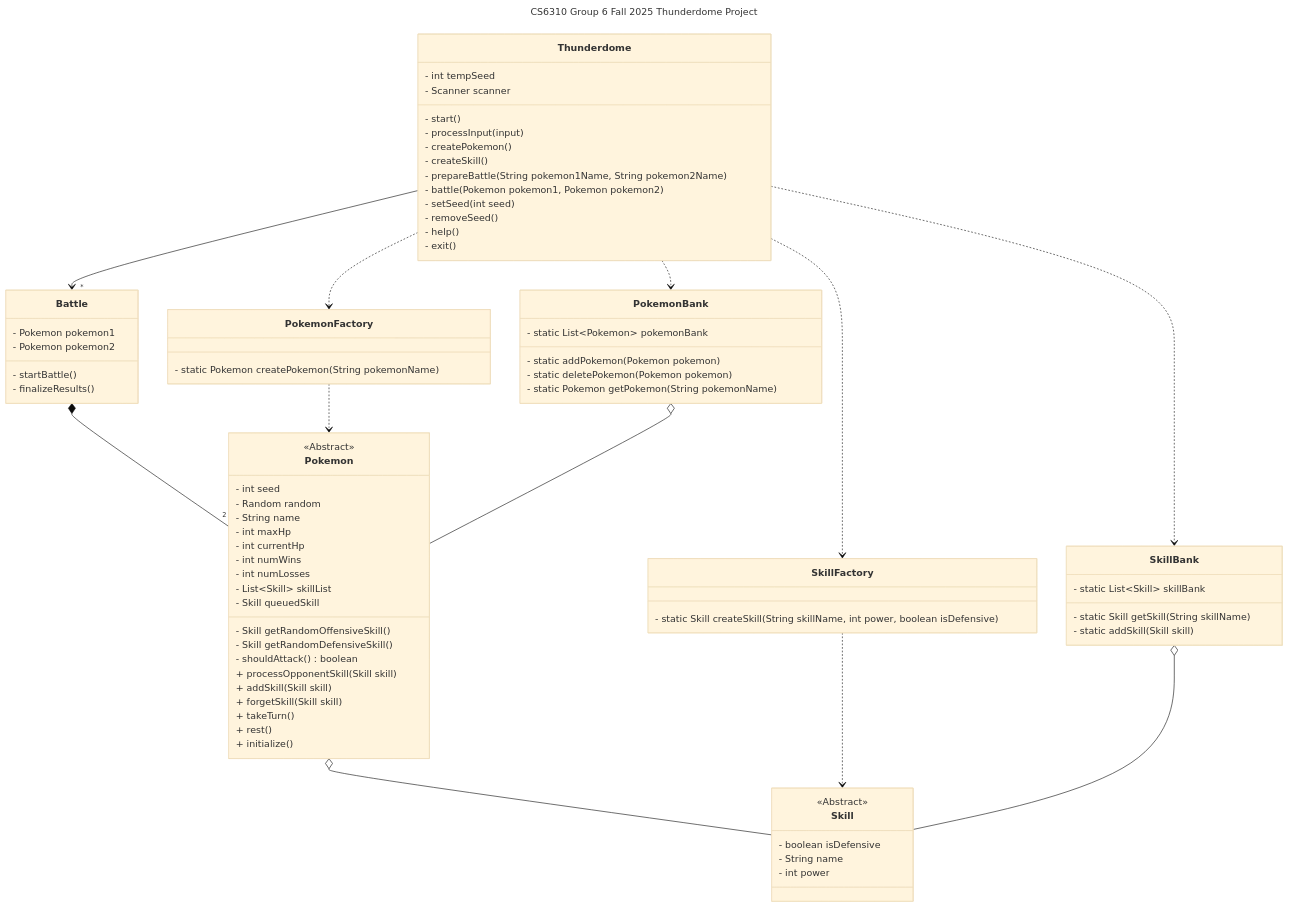
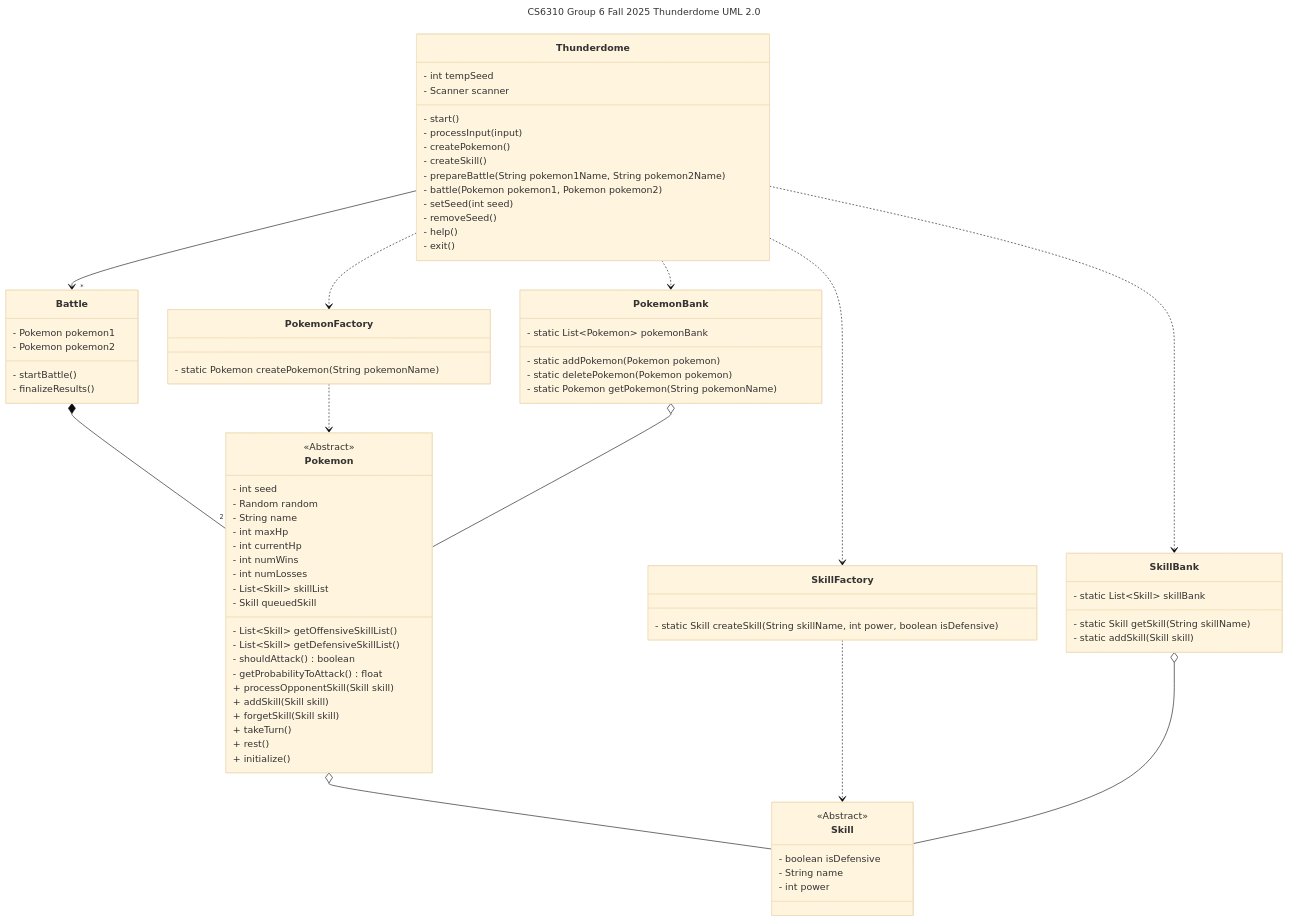
Before and after one commit to seantdeitrich/OMSCS-Notes: the diagram in OMSCS-Notes/CS6310 - Software Architecture & Design/Project/Class Diagram.md, drawn with Mermaid (base theme). The commit also changed 1 other file, not shown here.

Commit message:
almost final versions with pdfs

````diff
--- a/OMSCS-Notes/CS6310 - Software Architecture & Design/Project/Class Diagram.md
+++ b/OMSCS-Notes/CS6310 - Software Architecture & Design/Project/Class Diagram.md
@@ -1,6 +1,6 @@
 ```mermaid
 ---
-title: CS6310 Group 6 Fall 2025 Thunderdome Project
+title: CS6310 Group 6 Fall 2025 Thunderdome UML 2.0
 ---
 classDiagram
 
@@ -46,9 +46,10 @@
         - int numLosses
         - List~Skill~ skillList
         - Skill queuedSkill
-        - Skill getRandomOffensiveSkill()
-        - Skill getRandomDefensiveSkill()
+        - List~Skill~ getOffensiveSkillList()
+        - List~Skill~ getDefensiveSkillList()
         - shouldAttack() boolean
+		- getProbabilityToAttack() float
         + processOpponentSkill(Skill skill)
         + addSkill(Skill skill)
         + forgetSkill(Skill skill)
````
